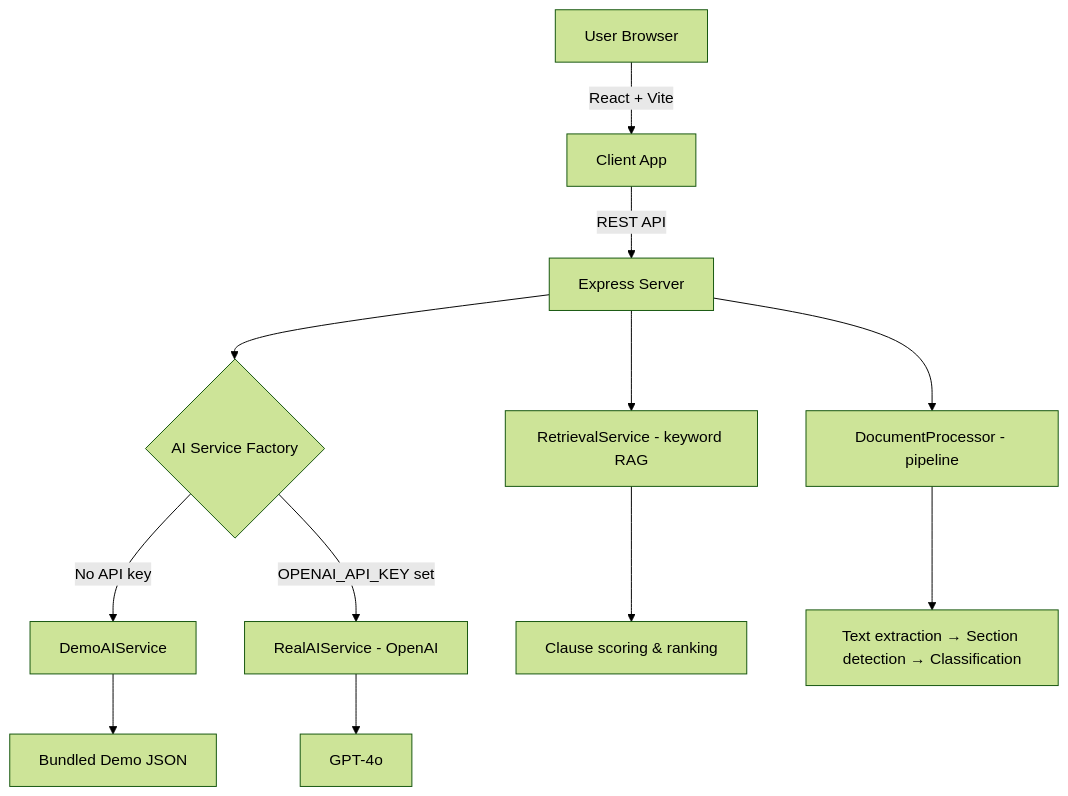
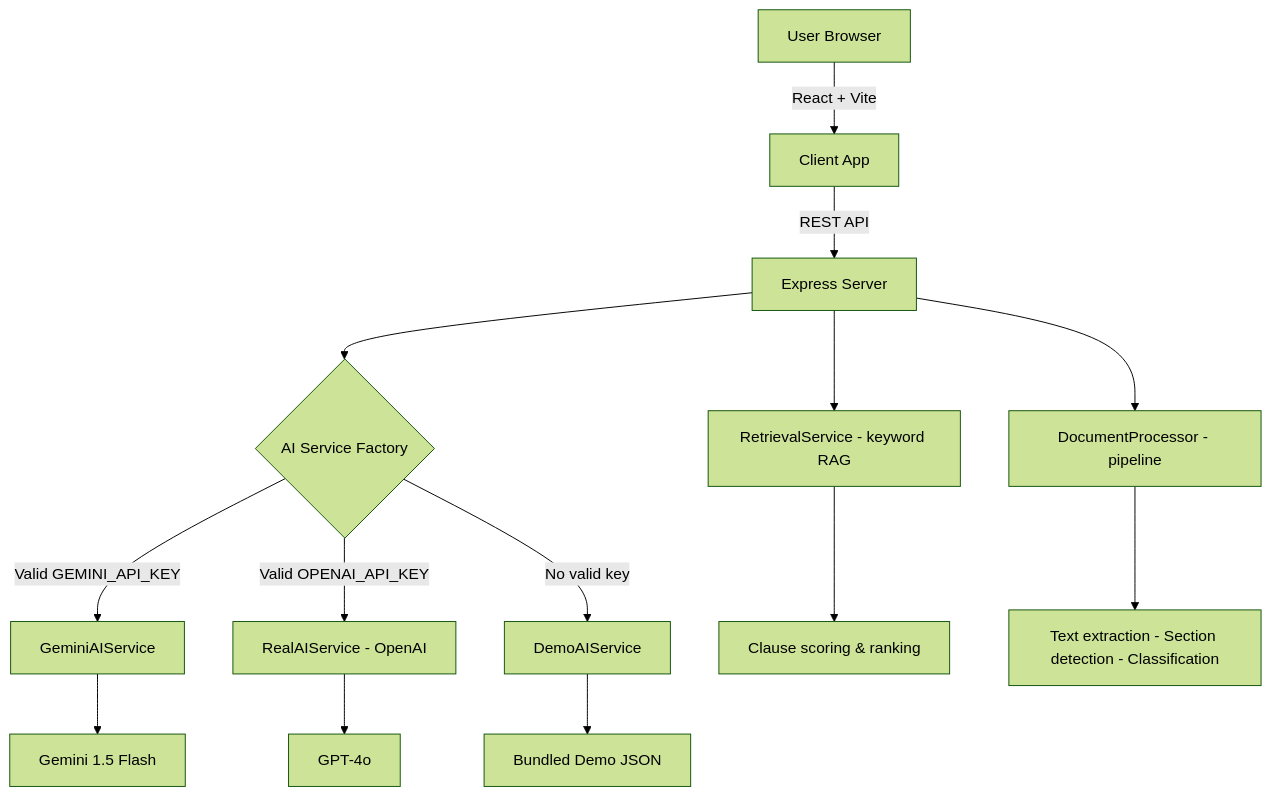
The diagram in README.md (Hemanth42d/clauselens-legal-ai), drawn with Mermaid (forest theme) before and after one commit. The commit also changed other lines of this file and 3 other files, not shown here.

````diff
--- a/README.md
+++ b/README.md
@@ -54,14 +54,16 @@
 ```mermaid
 graph TD
     A[User Browser] -->|React + Vite| B[Client App]
     B -->|REST API| C[Express Server]
     C --> D{AI Service Factory}
-    D -->|No API key| E[DemoAIService]
-    D -->|OPENAI_API_KEY set| F[RealAIService - OpenAI]
-    E --> G[Bundled Demo JSON]
-    F --> H[GPT-4o]
-    C --> I[RetrievalService - keyword RAG]
-    C --> J[DocumentProcessor - pipeline]
-    I --> K[Clause scoring & ranking]
-    J --> L[Text extraction → Section detection → Classification]
+    D -->|Valid GEMINI_API_KEY| E[GeminiAIService]
+    D -->|Valid OPENAI_API_KEY| F[RealAIService - OpenAI]
+    D -->|No valid key| G[DemoAIService]
+    E --> H[Gemini 1.5 Flash]
+    F --> I[GPT-4o]
+    G --> J[Bundled Demo JSON]
+    C --> K[RetrievalService - keyword RAG]
+    C --> L[DocumentProcessor - pipeline]
+    K --> M[Clause scoring & ranking]
+    L --> N[Text extraction - Section detection - Classification]
 ```
````
